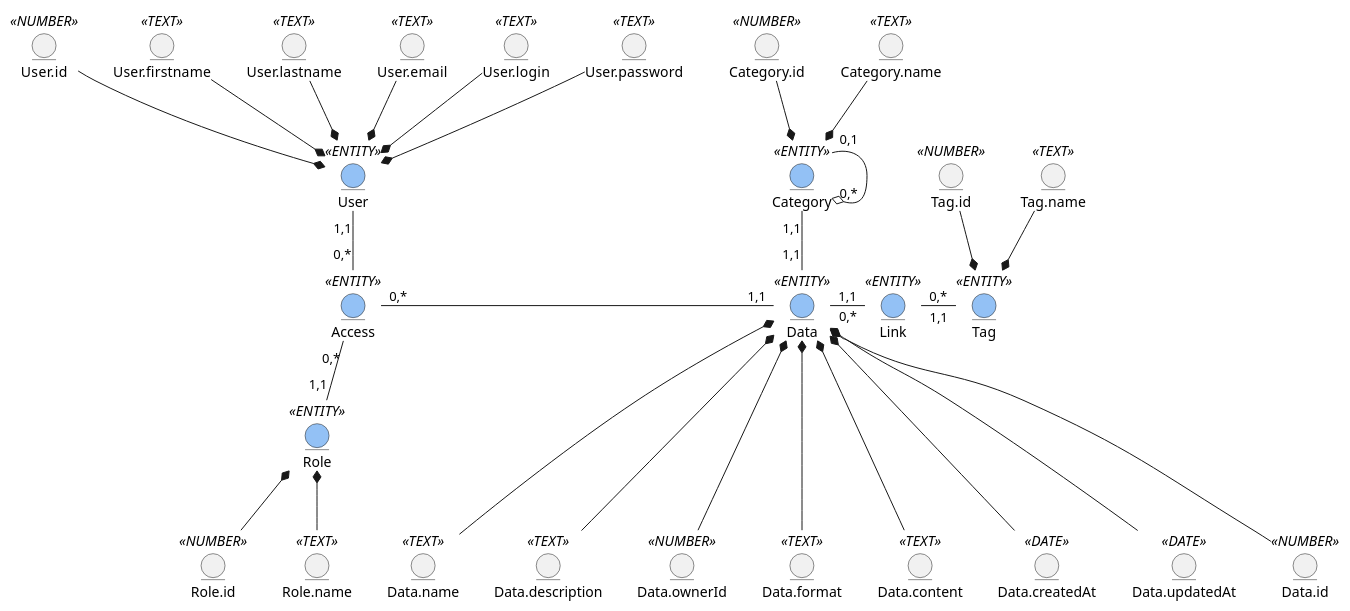
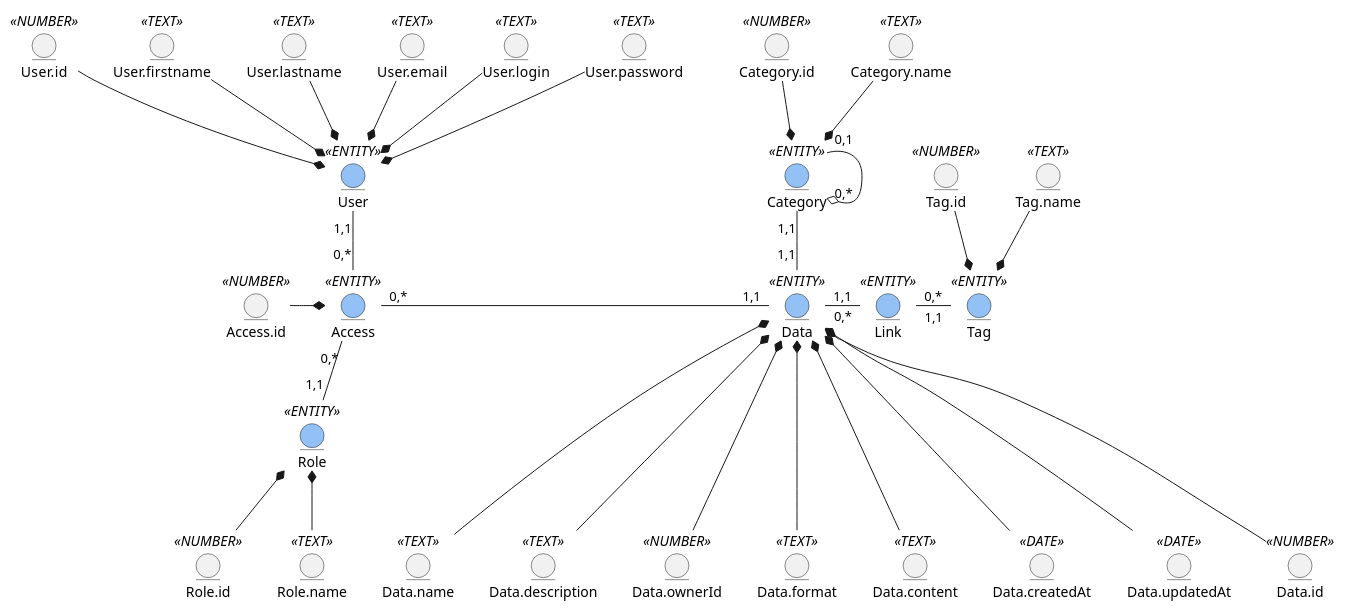
The first of 2 diagrams in docs/design.md (vegetable5/db-lab6), drawn with PlantUML before and after one commit. The commit also changed other lines of this file, not shown here.

Commit message:
fix ER and Business Objects Model

````diff
--- a/docs/design.md
+++ b/docs/design.md
@@ -19,76 +19,79 @@
 ```plantuml
 @startuml
 
   entity User <<ENTITY>> #93C1F5
   entity User.id <<NUMBER>> 
   entity User.firstname <<TEXT>> 
   entity User.lastname <<TEXT>> 
   entity User.email <<TEXT>> 
   entity User.login <<TEXT>> 
   entity User.password <<TEXT>> 
 
   entity Role <<ENTITY>> #93C1F5
   entity Role.id <<NUMBER>> 
   entity Role.name <<TEXT>> 
 
   entity Access <<ENTITY>> #93C1F5
+  entity Access.id <<NUMBER>>
 
   entity Data <<ENTITY>> #93C1F5
   entity Data.id <<NUMBER>> 
   entity Data.name <<TEXT>>
   entity Data.description <<TEXT>>
   entity Data.ownerId <<NUMBER>> 
   entity Data.format <<TEXT>> 
   entity Data.content <<TEXT>> 
   entity Data.createdAt <<DATE>> 
   entity Data.updatedAt <<DATE>> 
 
   entity Tag <<ENTITY>> #93C1F5
   entity Tag.id <<NUMBER>> 
   entity Tag.name <<TEXT>> 
 
   entity Category <<ENTITY>> #93C1F5
   entity Category.id <<NUMBER>> 
   entity Category.name <<TEXT>> 
 
   entity Link <<ENTITY>> #93C1F5
 
 
   User *-u- User.password
   User *-u- User.login
   User *-u- User.email
   User *-u- User.lastname
   User *-u- User.firstname
   User *-u- User.id
 
   Role *-d- Role.name
   Role *-d- Role.id
 
   Data *-d-- Data.updatedAt
   Data *-d-- Data.createdAt
   Data *-d-- Data.content
   Data *-d-- Data.format
   Data *-d-- Data.ownerId
   Data *-d-- Data.description
   Data *-d-- Data.name
   Data *-d-- Data.id
 
+  Access *-l-- Access.id
+
   Tag *-u- Tag.name
   Tag *-u- Tag.id
 
   Category *-u- Category.name
   Category *-u- Category.id
   Category "0,1" --o "0,*" Category
 
   User "1,1"-d-"0,*" Access
   Role "1,1"-u-"0,*" Access
 
   Access "0,*"-r-"1,1" Data
 
   Data "1,1"-r-"0,*" Link
   Link "0,*"-r-"1,1" Tag
 
   Data "1,1"-u-"1,1" Category
 
 @enduml
 ```
````
